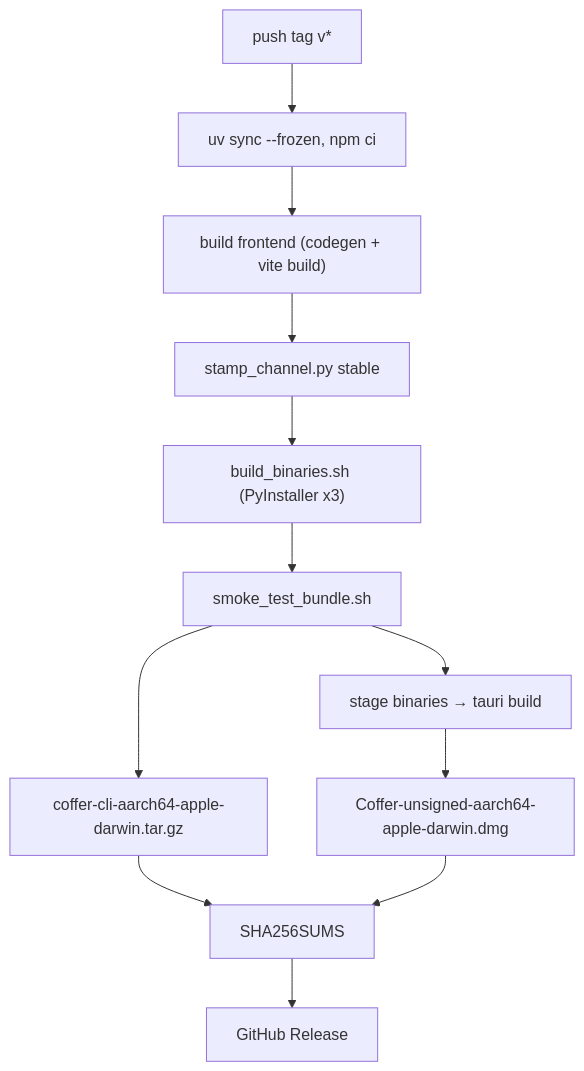
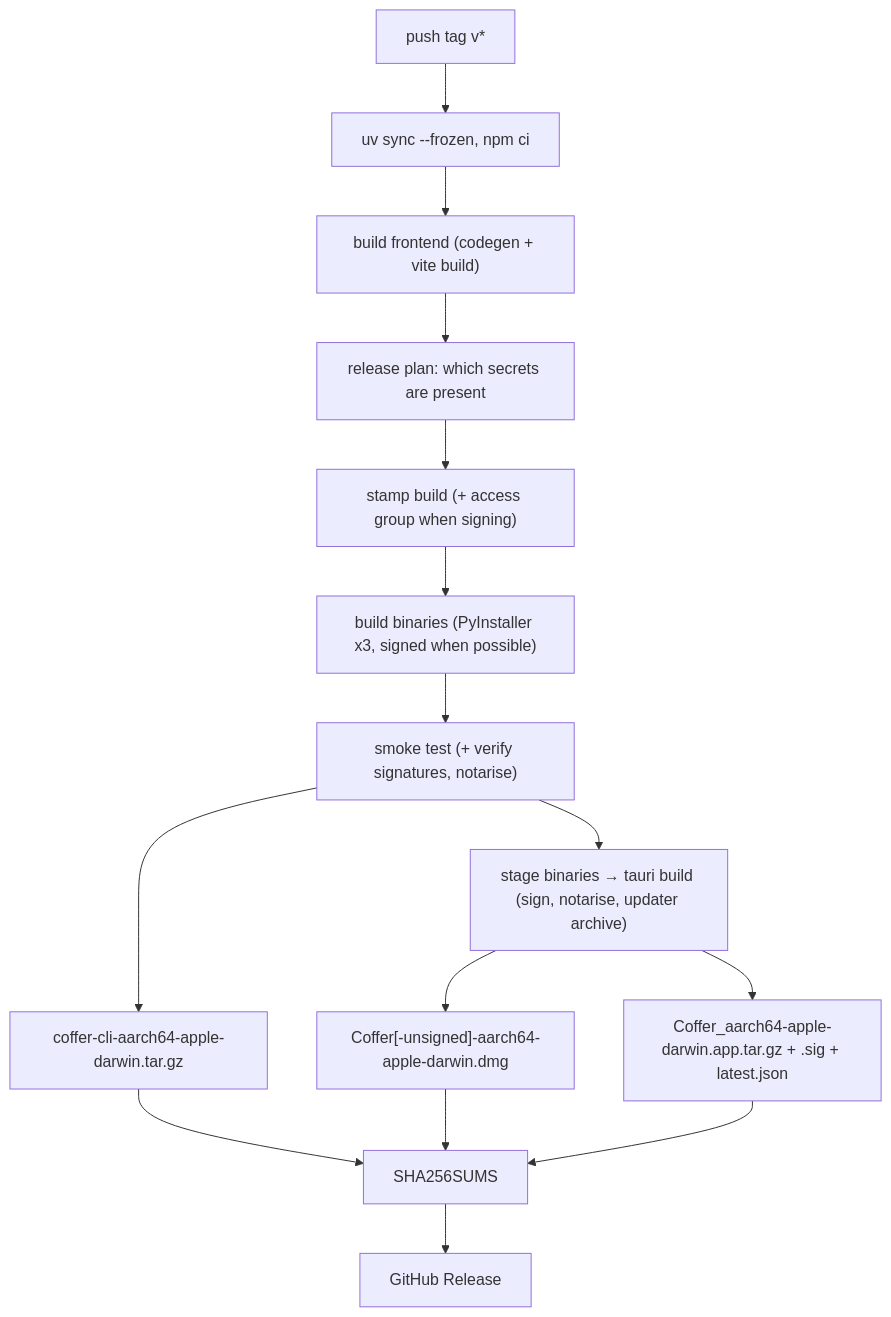
One commit to wyx-sg/Coffer changed the first of 4 diagrams in docs-site/architecture/distribution.md. Above: the diagram before and after it, drawn with Mermaid. The commit also changed other lines of this file and 4384 other files, not shown here.

````diff
--- a/docs-site/architecture/distribution.md
+++ b/docs-site/architecture/distribution.md
@@ -58,14 +63,17 @@
 ```mermaid
 flowchart TD
     T["push tag v*"] --> I["uv sync --frozen, npm ci"]
     I --> F["build frontend (codegen + vite build)"]
-    F --> S["stamp_channel.py stable"]
-    S --> B["build_binaries.sh (PyInstaller x3)"]
-    B --> K["smoke_test_bundle.sh"]
+    F --> P["release plan: which secrets are present"]
+    P --> S["stamp build (+ access group when signing)"]
+    S --> B["build binaries (PyInstaller x3, signed when possible)"]
+    B --> K["smoke test (+ verify signatures, notarise)"]
     K --> A["coffer-cli-aarch64-apple-darwin.tar.gz"]
-    K --> D["stage binaries → tauri build"]
-    D --> G["Coffer-unsigned-aarch64-apple-darwin.dmg"]
+    K --> D["stage binaries → tauri build (sign, notarise, updater archive)"]
+    D --> G["Coffer[-unsigned]-aarch64-apple-darwin.dmg"]
+    D --> U["Coffer_aarch64-apple-darwin.app.tar.gz + .sig + latest.json"]
     A --> H["SHA256SUMS"]
     G --> H
+    U --> H
     H --> R["GitHub Release"]
 ```
````
